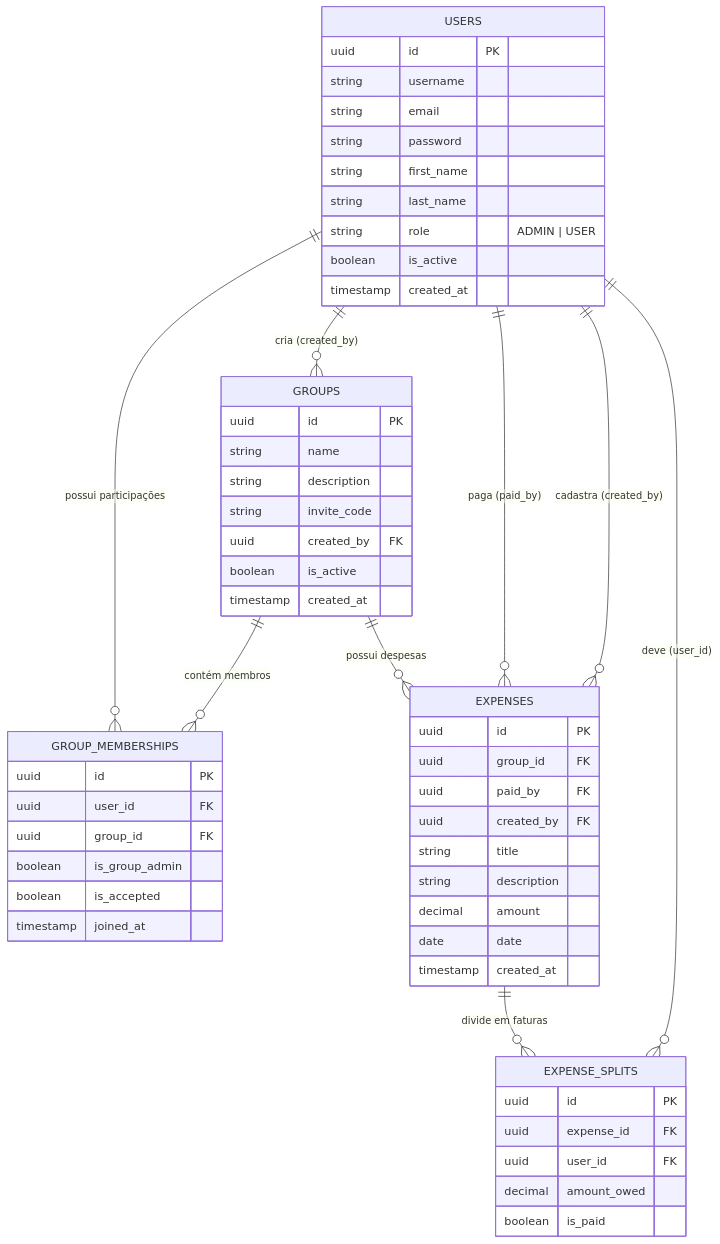
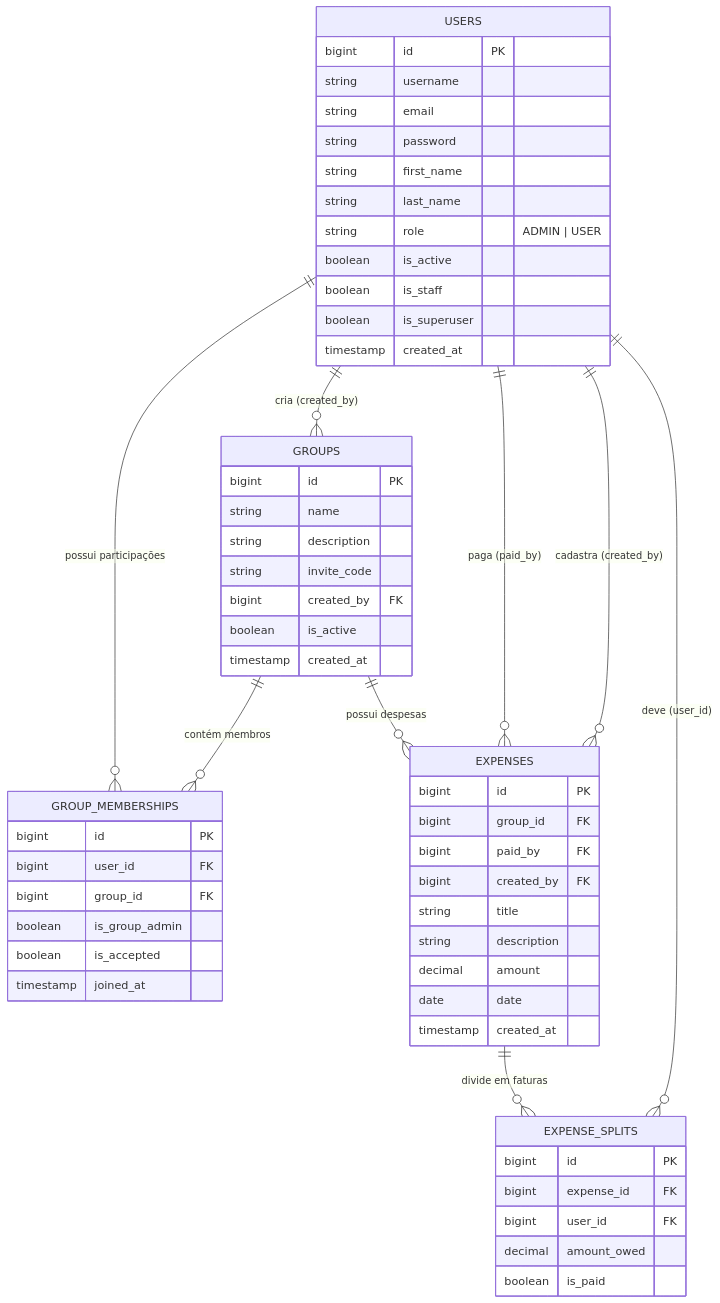
Before and after one commit to GUSTAVO-ALESSANDRO/gestao-despesas-django: the diagram in README.md, drawn with Mermaid. The commit also changed other lines of this file, not shown here.

````diff
--- a/README.md
+++ b/README.md
@@ -107,63 +117,65 @@
 ```mermaid
 erDiagram
     USERS ||--o{ GROUPS : "cria (created_by)"
     USERS ||--o{ GROUP_MEMBERSHIPS : "possui participações"
     GROUPS ||--o{ GROUP_MEMBERSHIPS : "contém membros"
     GROUPS ||--o{ EXPENSES : "possui despesas"
     USERS ||--o{ EXPENSES : "paga (paid_by)"
     USERS ||--o{ EXPENSES : "cadastra (created_by)"
     EXPENSES ||--o{ EXPENSE_SPLITS : "divide em faturas"
     USERS ||--o{ EXPENSE_SPLITS : "deve (user_id)"
 
     USERS {
-        uuid id PK
+        bigint id PK
         string username
         string email
         string password
         string first_name
         string last_name
         string role "ADMIN | USER"
         boolean is_active
+        boolean is_staff
+        boolean is_superuser
         timestamp created_at
     }
 
     GROUPS {
-        uuid id PK
+        bigint id PK
         string name
         string description
         string invite_code
-        uuid created_by FK
+        bigint created_by FK
         boolean is_active
         timestamp created_at
     }
 
     GROUP_MEMBERSHIPS {
-        uuid id PK
-        uuid user_id FK
-        uuid group_id FK
+        bigint id PK
+        bigint user_id FK
+        bigint group_id FK
         boolean is_group_admin
         boolean is_accepted
         timestamp joined_at
     }
 
     EXPENSES {
-        uuid id PK
-        uuid group_id FK
-        uuid paid_by FK
-        uuid created_by FK
+        bigint id PK
+        bigint group_id FK
+        bigint paid_by FK
+        bigint created_by FK
         string title
         string description
         decimal amount
         date date
         timestamp created_at
     }
 
     EXPENSE_SPLITS {
-        uuid id PK
-        uuid expense_id FK
-        uuid user_id FK
+        bigint id PK
+        bigint expense_id FK
+        bigint user_id FK
         decimal amount_owed
         boolean is_paid
     }
 
 ```
````
